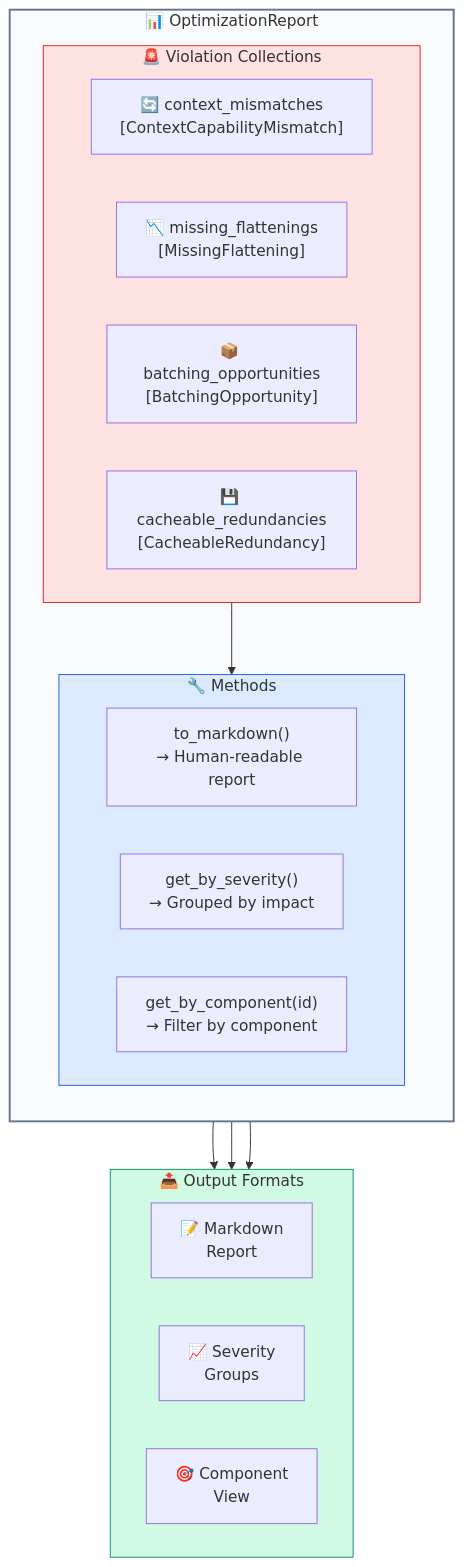
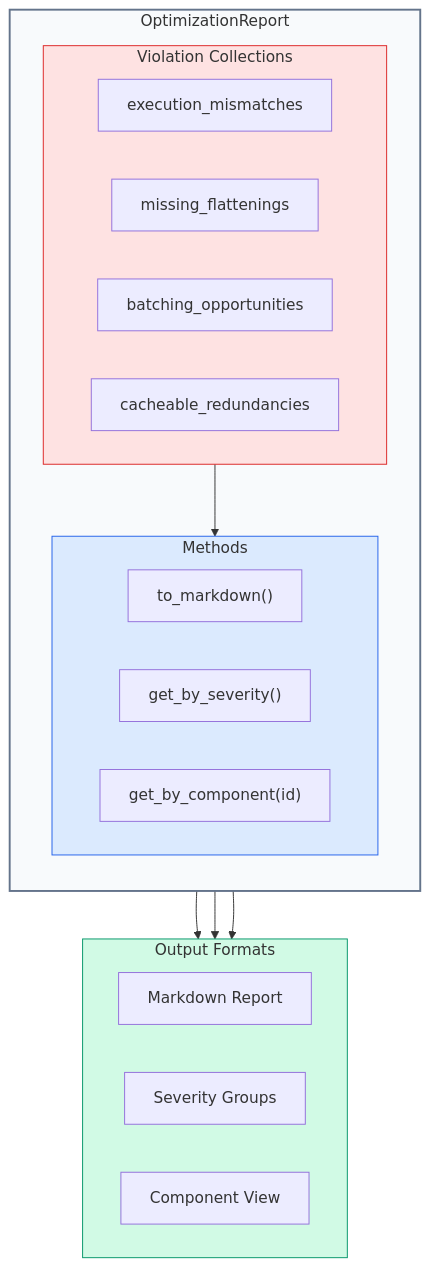
Diagram 16 of 19 in .tasks/plans/algorithm enhancer/feedback.md (nestharus/ai-workflow), drawn with Mermaid before and after one commit. The commit also changed other lines of this file and 14 other files, not shown here.

````diff
--- a/.tasks/plans/algorithm enhancer/feedback.md
+++ b/.tasks/plans/algorithm enhancer/feedback.md
@@ -651,38 +656,38 @@
 ```mermaid
 flowchart TB
-    subgraph report["📊 OptimizationReport"]
+    subgraph report["OptimizationReport"]
         direction TB
 
-        subgraph violations["🚨 Violation Collections"]
+        subgraph violations["Violation Collections"]
             direction LR
-            cm["🔄 context_mismatches\n[ContextCapabilityMismatch]"]
-            mf["📉 missing_flattenings\n[MissingFlattening]"]
-            bo["📦 batching_opportunities\n[BatchingOpportunity]"]
-            cr["💾 cacheable_redundancies\n[CacheableRedundancy]"]
+            cm["execution_mismatches"]
+            mf["missing_flattenings"]
+            bo["batching_opportunities"]
+            cr["cacheable_redundancies"]
         end
 
-        subgraph methods["🔧 Methods"]
+        subgraph methods["Methods"]
             direction LR
-            md["to_markdown()\n→ Human-readable report"]
-            sev["get_by_severity()\n→ Grouped by impact"]
-            comp["get_by_component(id)\n→ Filter by component"]
+            md["to_markdown()"]
+            sev["get_by_severity()"]
+            comp["get_by_component(id)"]
         end
     end
 
-    subgraph outputs["📤 Output Formats"]
+    subgraph outputs["Output Formats"]
         direction LR
-        markdown["📝 Markdown\nReport"]
-        severity["📈 Severity\nGroups"]
-        component["🎯 Component\nView"]
+        markdown["Markdown Report"]
+        severity["Severity Groups"]
+        component["Component View"]
     end
 
     violations --> methods
     md --> markdown
     sev --> severity
     comp --> component
 
     style report fill:#f8fafc,stroke:#64748b,stroke-width:2px
     style violations fill:#fee2e2,stroke:#dc2626
     style methods fill:#dbeafe,stroke:#2563eb
     style outputs fill:#d1fae5,stroke:#059669
 ```
````
